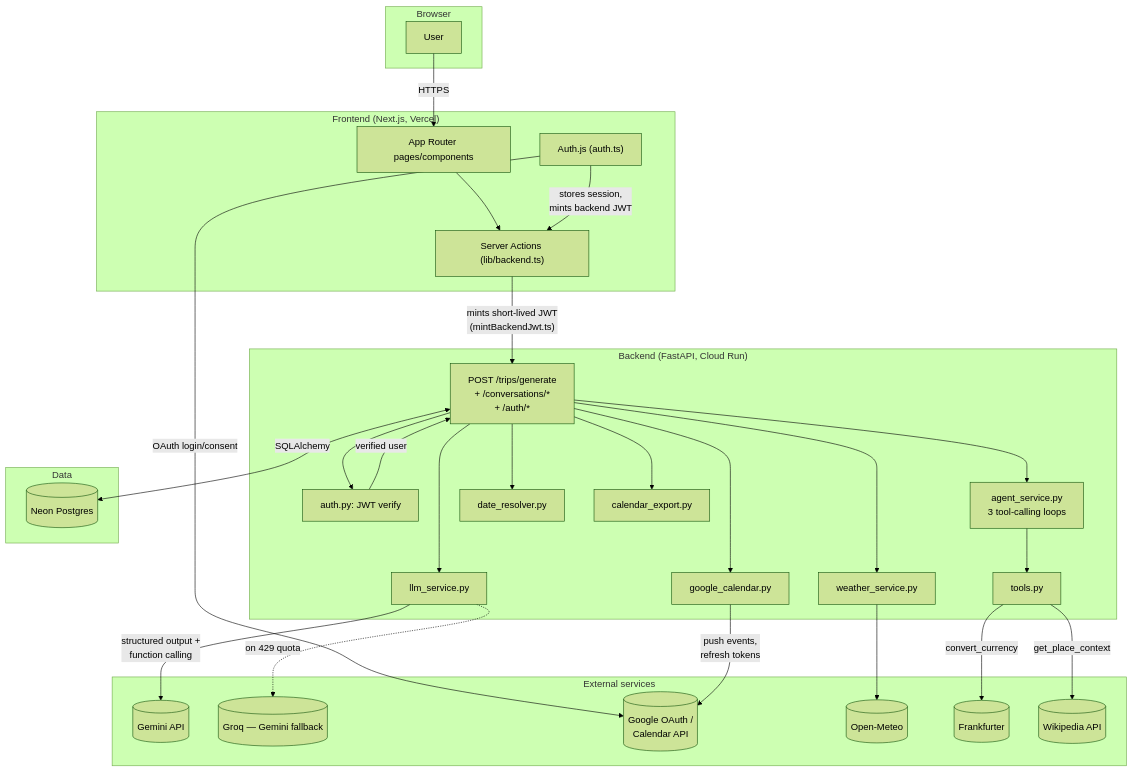
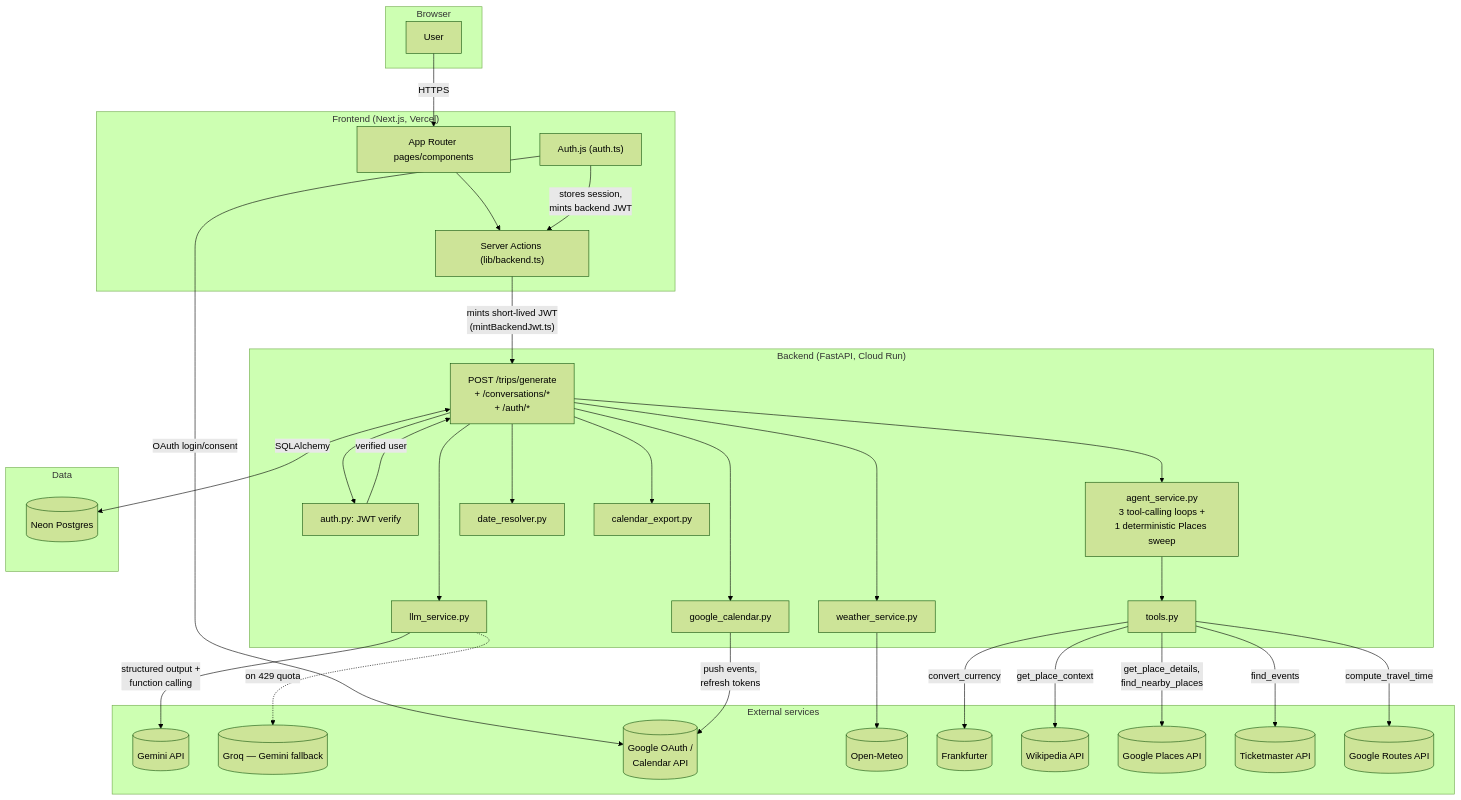
The first of 7 diagrams in docs/architecture.md (starkparsa/Itinera), drawn with Mermaid (forest theme) before and after one commit. The commit also changed other lines of this file, not shown here.

First line of the commit message:
Update architecture.md for the named-place-pool sweep (PR #65)

````diff
--- a/docs/architecture.md
+++ b/docs/architecture.md
@@ -12,62 +12,68 @@
 ```mermaid
 flowchart TB
     subgraph Browser
         U[User]
     end
 
     subgraph Vercel["Frontend (Next.js, Vercel)"]
         FE[App Router pages/components]
         SA["Server Actions (lib/backend.ts)"]
         AuthJS["Auth.js (auth.ts)"]
     end
 
     subgraph CloudRun["Backend (FastAPI, Cloud Run)"]
         API["POST /trips/generate\n+ /conversations/*\n+ /auth/*"]
         Auth["auth.py: JWT verify"]
         LLM[llm_service.py]
-        Agent[agent_service.py\n3 tool-calling loops]
+        Agent[agent_service.py\n3 tool-calling loops +\n1 deterministic Places sweep]
         Tools[tools.py]
         Weather[weather_service.py]
         DateR[date_resolver.py]
         Cal[calendar_export.py]
         GCal[google_calendar.py]
     end
 
     subgraph External["External services"]
         Gemini[(Gemini API)]
         Groq[(Groq — Gemini fallback)]
         Google[(Google OAuth /\nCalendar API)]
         OpenMeteo[(Open-Meteo)]
         Frankfurter[(Frankfurter)]
         Wikipedia[(Wikipedia API)]
+        Places[(Google Places API)]
+        Ticketmaster[(Ticketmaster API)]
+        Routes[(Google Routes API)]
     end
 
     subgraph Data
         Neon[(Neon Postgres)]
     end
 
     U -->|HTTPS| FE
     FE --> SA
     SA -->|"mints short-lived JWT\n(mintBackendJwt.ts)"| API
     AuthJS -->|OAuth login/consent| Google
     AuthJS -->|"stores session,\nmints backend JWT"| SA
 
     API --> Auth
     Auth -->|verified user| API
     API --> LLM
     API --> Agent
     API --> Weather
     API --> DateR
     API --> Cal
     API --> GCal
 
     LLM -->|structured output +\nfunction calling| Gemini
     LLM -.->|on 429 quota| Groq
     Agent --> Tools
     Tools -->|convert_currency| Frankfurter
     Tools -->|get_place_context| Wikipedia
+    Tools -->|get_place_details,\nfind_nearby_places| Places
+    Tools -->|find_events| Ticketmaster
+    Tools -->|compute_travel_time| Routes
     Weather --> OpenMeteo
     GCal -->|push events,\nrefresh tokens| Google
 
     API <-->|SQLAlchemy| Neon
 ```
````
